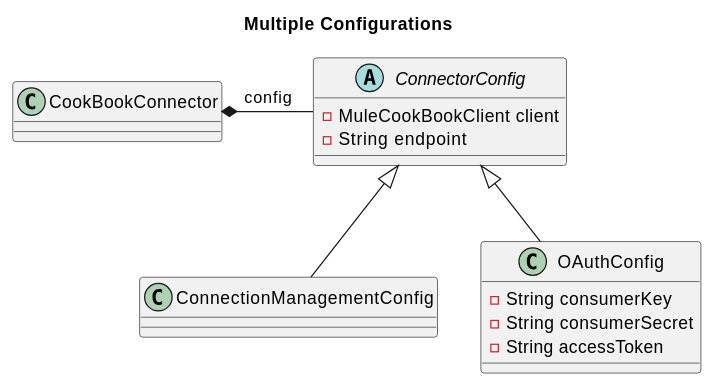
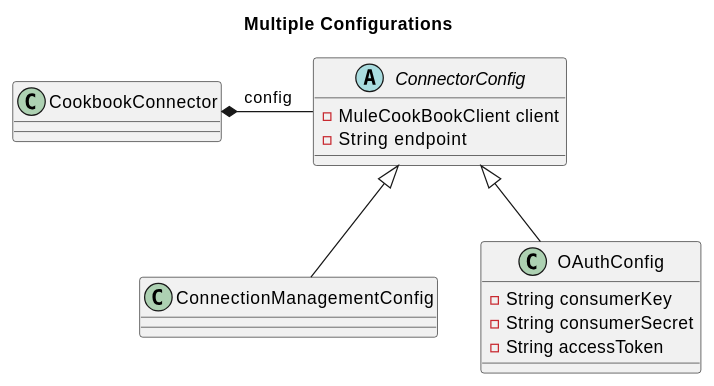
Before and after one commit to mulesoft/mule-cookbook-tutorial: the diagram in src/main/asciidoc/multiple-connection-strategies.adoc, drawn with PlantUML. The commit also changed other lines of this file and 4 other files, not shown here.

Commit message:
Rename CookBook to Cookbook

```diff
--- a/src/main/asciidoc/multiple-connection-strategies.adoc
+++ b/src/main/asciidoc/multiple-connection-strategies.adoc
@@ -13,27 +13,27 @@
 [plantuml,model,png]
 ----
 title Multiple Configurations
 
 ConnectorConfig <|-- ConnectionManagementConfig
 ConnectorConfig <|-- OAuthConfig
-CookBookConnector *- ConnectorConfig : config
+CookbookConnector *- ConnectorConfig : config
 
 
 abstract class ConnectorConfig {
 - MuleCookBookClient client
 - String endpoint
 }
 
-class CookBookConnector {
+class CookbookConnector {
 
 }
 
 class ConnectionManagementConfig {
 }
 
 class OAuthConfig {
 -String consumerKey
 -String consumerSecret
 -String accessToken
 }
 ----
```
